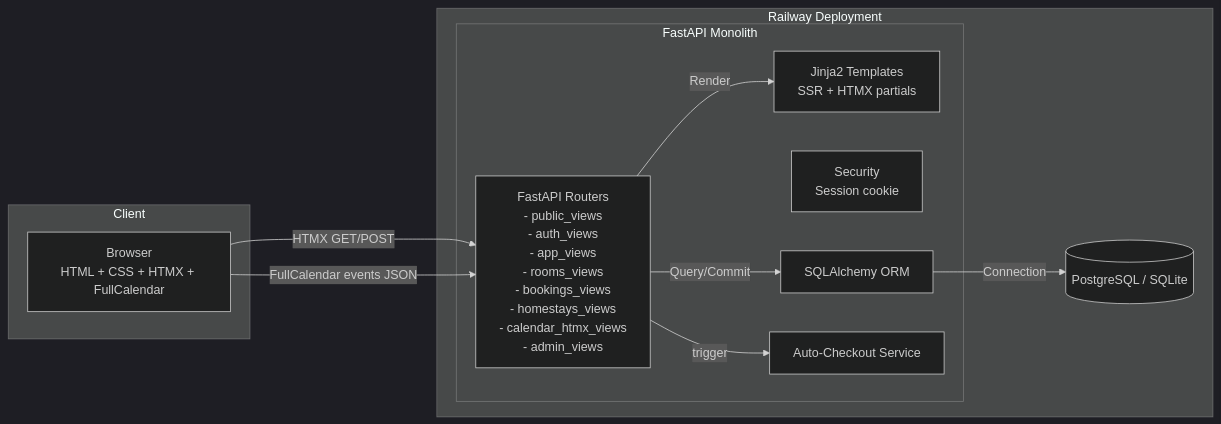
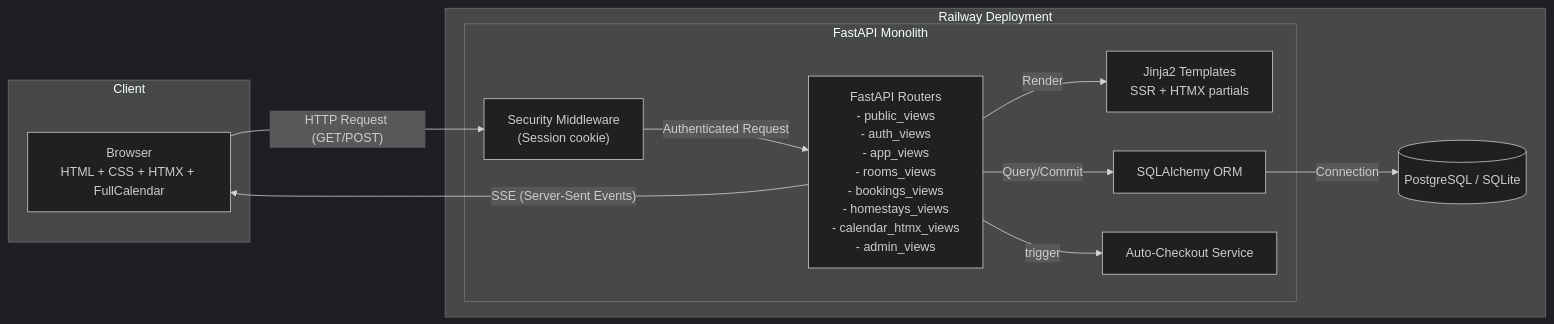
The first of 2 diagrams in architecture.md (netfirms/staycal), drawn with Mermaid (dark theme) before and after one commit. The commit also changed 1 other file, not shown here.

Commit message:
feat: Enhance security and update architecture docs
This commit introduces several improvements to application security and clarifies the system architecture through updated diagrams.

Security:
- The session cookie's `secure` flag is now dynamically set based on the `ENVIRONMENT` setting in `app/security.py`.
- This ensures cookies are only transmitted over HTTPS in production, mitigating the risk of session hijacking, while still allowing for convenient HTTP-based local development.

Architecture & Data Model:
- The high-level architecture diagram has been updated to more accurately represent the request flow through security middleware and to include the data path for Server-Sent Events (SSE).
- The low-level ER diagram now includes a `created_by` foreign key on the `BOOKINGS` table. This is a crucial addition for implementing future authorization logic (e.g., ensuring users can only modify their own bookings) and for auditing purposes.

````diff
--- a/architecture.md
+++ b/architecture.md
@@ -5,25 +5,26 @@
 ```mermaid
 flowchart LR
   subgraph Client
     A[Browser\nHTML + CSS + HTMX + FullCalendar]
   end
-
+  
   subgraph Railway[Railway Deployment]
     subgraph App[FastAPI Monolith]
       B[FastAPI Routers\n- public_views\n- auth_views\n- app_views\n- rooms_views\n- bookings_views\n- homestays_views\n- calendar_htmx_views\n- admin_views]
       C[Jinja2 Templates\nSSR + HTMX partials]
-      D[Security\nSession cookie]
+      D["Security Middleware\n (Session cookie)"]
       E[SQLAlchemy ORM]
       G[Auto-Checkout Service]
     end
-
+    
     F[(PostgreSQL / SQLite)]
   end
-
-  A -- HTMX GET/POST --> B
-  A -- FullCalendar events JSON --> B
+  
+  A -- "HTTP Request (GET/POST)" --> D
+  D -- Authenticated Request --> B
   B -- Render --> C
   B -- Query/Commit --> E
   E -- Connection --> F
   B -- trigger --> G
+  B -- "SSE (Server-Sent Events)" --> A
 ```
````
